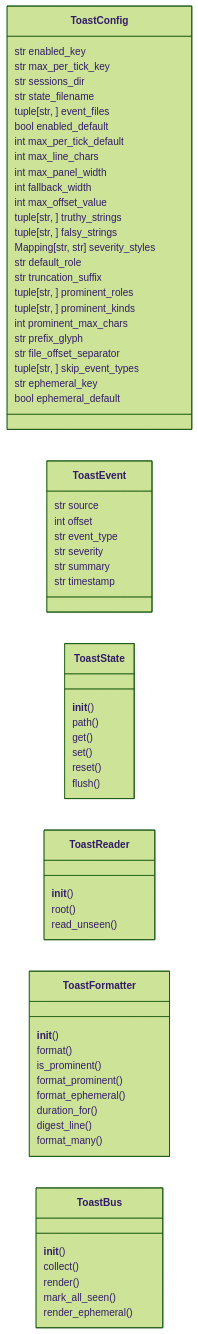
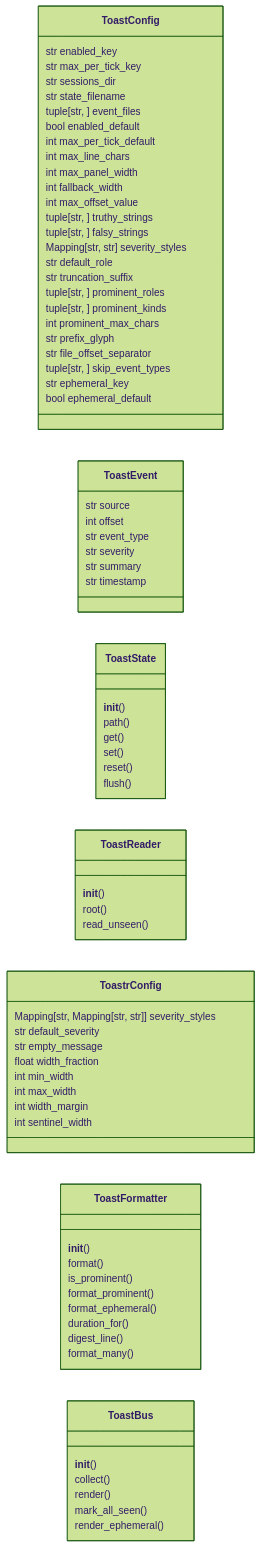
Before and after one commit to grisuno/LazyOwn: the first of 2 diagrams in readmenator-apidocs/modules/cli.toast_bus.py.md, drawn with Mermaid (forest theme). The commit also changed other lines of this file and 378 other files, not shown here.

````diff
--- a/readmenator-apidocs/modules/cli.toast_bus.py.md
+++ b/readmenator-apidocs/modules/cli.toast_bus.py.md
@@ -34,62 +35,71 @@
 ```mermaid
 classDiagram
     direction LR
     class ToastConfig
     ToastConfig : str enabled_key
     ToastConfig : str max_per_tick_key
     ToastConfig : str sessions_dir
     ToastConfig : str state_filename
     ToastConfig : tuple[str, ] event_files
     ToastConfig : bool enabled_default
     ToastConfig : int max_per_tick_default
     ToastConfig : int max_line_chars
     ToastConfig : int max_panel_width
     ToastConfig : int fallback_width
     ToastConfig : int max_offset_value
     ToastConfig : tuple[str, ] truthy_strings
     ToastConfig : tuple[str, ] falsy_strings
     ToastConfig : Mapping[str, str] severity_styles
     ToastConfig : str default_role
     ToastConfig : str truncation_suffix
     ToastConfig : tuple[str, ] prominent_roles
     ToastConfig : tuple[str, ] prominent_kinds
     ToastConfig : int prominent_max_chars
     ToastConfig : str prefix_glyph
     ToastConfig : str file_offset_separator
     ToastConfig : tuple[str, ] skip_event_types
     ToastConfig : str ephemeral_key
     ToastConfig : bool ephemeral_default
     class ToastEvent
     ToastEvent : str source
     ToastEvent : int offset
     ToastEvent : str event_type
     ToastEvent : str severity
     ToastEvent : str summary
     ToastEvent : str timestamp
     class ToastState
     ToastState : __init__()
     ToastState : path()
     ToastState : get()
     ToastState : set()
     ToastState : reset()
     ToastState : flush()
     class ToastReader
     ToastReader : __init__()
     ToastReader : root()
     ToastReader : read_unseen()
+    class ToastrConfig
+    ToastrConfig : Mapping[str, Mapping[str, str]] severity_styles
+    ToastrConfig : str default_severity
+    ToastrConfig : str empty_message
+    ToastrConfig : float width_fraction
+    ToastrConfig : int min_width
+    ToastrConfig : int max_width
+    ToastrConfig : int width_margin
+    ToastrConfig : int sentinel_width
     class ToastFormatter
     ToastFormatter : __init__()
     ToastFormatter : format()
     ToastFormatter : is_prominent()
     ToastFormatter : format_prominent()
     ToastFormatter : format_ephemeral()
     ToastFormatter : duration_for()
     ToastFormatter : digest_line()
     ToastFormatter : format_many()
     class ToastBus
     ToastBus : __init__()
     ToastBus : collect()
     ToastBus : render()
     ToastBus : mark_all_seen()
     ToastBus : render_ephemeral()
 ```
````
